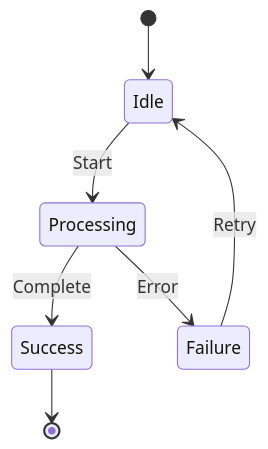
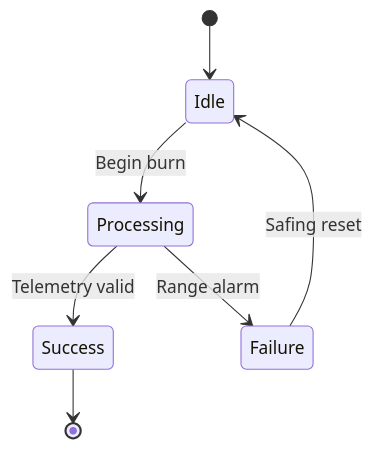
Before and after one commit to Desiment/opentui-markdown-render: diagram 11 of 35 in examples/mermaid.md, drawn with Mermaid. The commit also changed other lines of this file and 36 other files, not shown here.

````diff
--- a/examples/mermaid.md
+++ b/examples/mermaid.md
@@ -135,9 +139,9 @@
 ```mermaid
 stateDiagram-v2
   [*] --> Idle
-  Idle --> Processing: Start
-  Processing --> Success: Complete
-  Processing --> Failure: Error
+  Idle --> Processing: Begin burn
+  Processing --> Success: Telemetry valid
+  Processing --> Failure: Range alarm
   Success --> [*]
-  Failure --> Idle: Retry
+  Failure --> Idle: Safing reset
 ```
````
